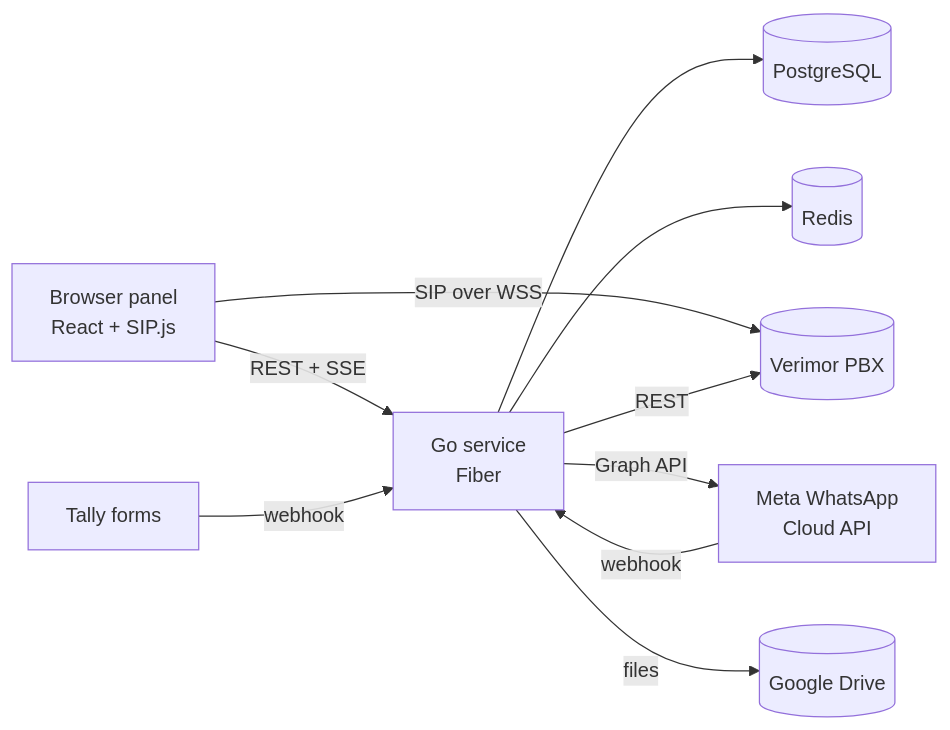
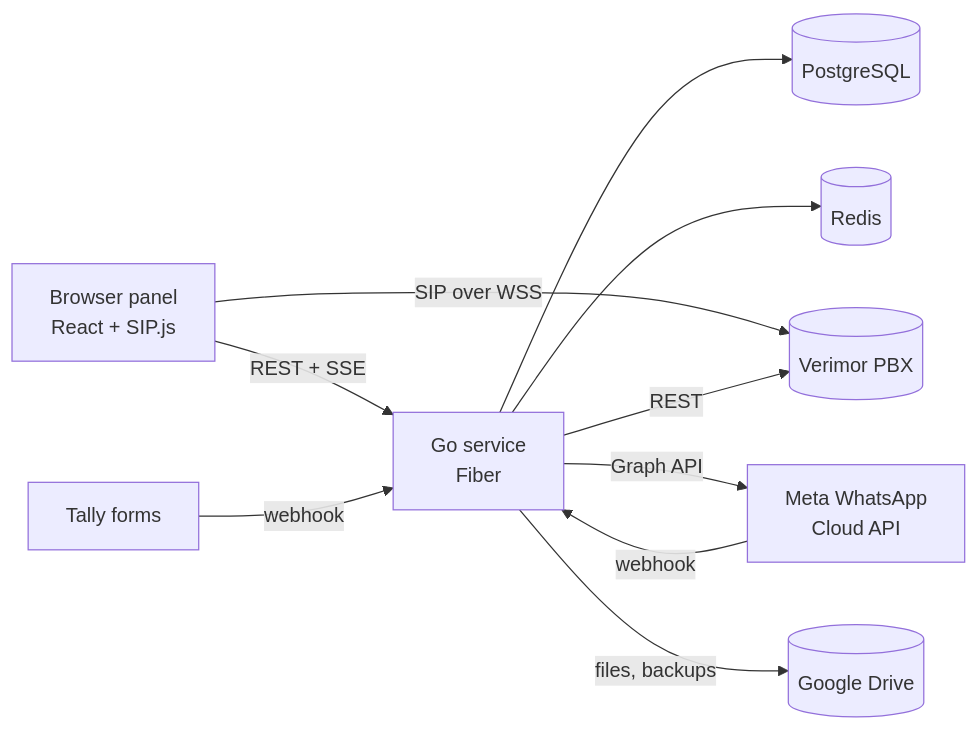
One commit to toprakgureli/santral-c changed the diagram in README.md. Above: the diagram before and after it, drawn with Mermaid. The commit also changed other lines of this file and 4 other files, not shown here.

Commit message:
Docs: weekly sessions, backups to Drive, monitoring, safe deploys, tests

````diff
--- a/README.md
+++ b/README.md
@@ -90,12 +111,12 @@
 ```mermaid
 flowchart LR
   A[Browser panel<br/>React + SIP.js] -- REST + SSE --> B[Go service<br/>Fiber]
   A -- SIP over WSS --> P[(Verimor PBX)]
   B --> D[(PostgreSQL)]
   B --> R[(Redis)]
   B -- REST --> P
   M[Meta WhatsApp<br/>Cloud API] -- webhook --> B
   B -- Graph API --> M
-  B -- files --> G[(Google Drive)]
+  B -- files, backups --> G[(Google Drive)]
   T[Tally forms] -- webhook --> B
 ```
````
